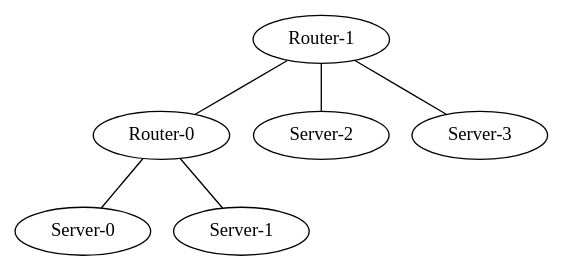
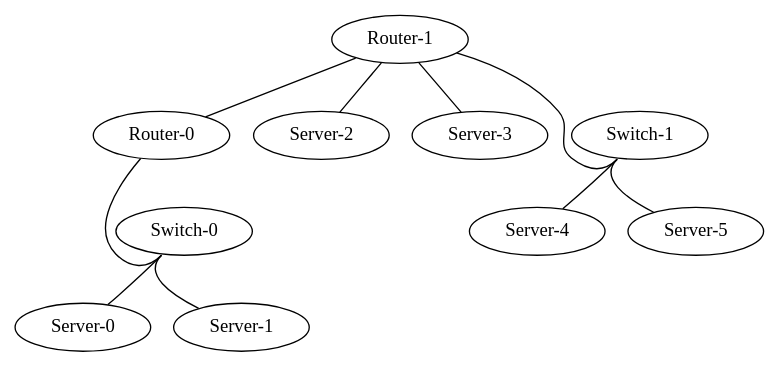
One commit to matferronato/TopologyGen changed the diagram in TopologyGen/TopologyInfo/topology.dot. Above: the diagram before and after it, drawn with Graphviz. The commit also changed 285 other files, not shown here.

```diff
--- a/TopologyGen/TopologyInfo/topology.dot
+++ b/TopologyGen/TopologyInfo/topology.dot
@@ -1,13 +1,21 @@
 graph vx {
 "Router-0" [function="leaf" vagrant="eth1" os="hashicorp/bionic64" version="1.0.282" memory="500" config="./helper_scripts/config_production_switch.sh" ]
 "Router-1" [function="leaf" vagrant="eth1" os="hashicorp/bionic64" version="1.0.282" memory="500" config="./helper_scripts/config_production_switch.sh" ]
 "Server-0" [function="leaf" vagrant="eth1" os="hashicorp/bionic64" version="1.0.282" memory="500" config="./helper_scripts/config_production_switch.sh" ]
 "Server-1" [function="leaf" vagrant="eth1" os="hashicorp/bionic64" version="1.0.282" memory="500" config="./helper_scripts/config_production_switch.sh" ]
 "Server-2" [function="leaf" vagrant="eth1" os="hashicorp/bionic64" version="1.0.282" memory="500" config="./helper_scripts/config_production_switch.sh" ]
 "Server-3" [function="leaf" vagrant="eth1" os="hashicorp/bionic64" version="1.0.282" memory="500" config="./helper_scripts/config_production_switch.sh" ]
-"Router-0":"eth1" -- "Server-0":"eth100"
-"Router-1":"eth1" -- "Server-3":"eth100"
+"Server-4" [function="leaf" vagrant="eth1" os="hashicorp/bionic64" version="1.0.282" memory="500" config="./helper_scripts/config_production_switch.sh" ]
+"Server-5" [function="leaf" vagrant="eth1" os="hashicorp/bionic64" version="1.0.282" memory="500" config="./helper_scripts/config_production_switch.sh" ]
+"Switch-0" [function="leaf" vagrant="eth1" os="hashicorp/bionic64" version="1.0.282" memory="500" config="./helper_scripts/config_production_switch.sh" ]
+"Switch-1" [function="leaf" vagrant="eth1" os="hashicorp/bionic64" version="1.0.282" memory="500" config="./helper_scripts/config_production_switch.sh" ]
+"Switch-1":"swp1" -- "Server-5":"eth50"
+"Switch-1":"swp2" -- "Server-4":"eth50"
+"Router-1":"eth1" -- "Server-2":"eth100"
+"Router-1":"eth2" -- "Server-3":"eth100"
+"Router-1":"eth50" -- "Switch-1":"swp100"
+"Router-0":"eth50" -- "Switch-0":"swp100"
+"Switch-0":"swp1" -- "Server-1":"eth50"
+"Switch-0":"swp2" -- "Server-0":"eth50"
 "Router-1":"eth100" -- "Router-0":"eth100"
-"Router-1":"eth2" -- "Server-2":"eth100"
-"Router-0":"eth2" -- "Server-1":"eth100"
 }
```
